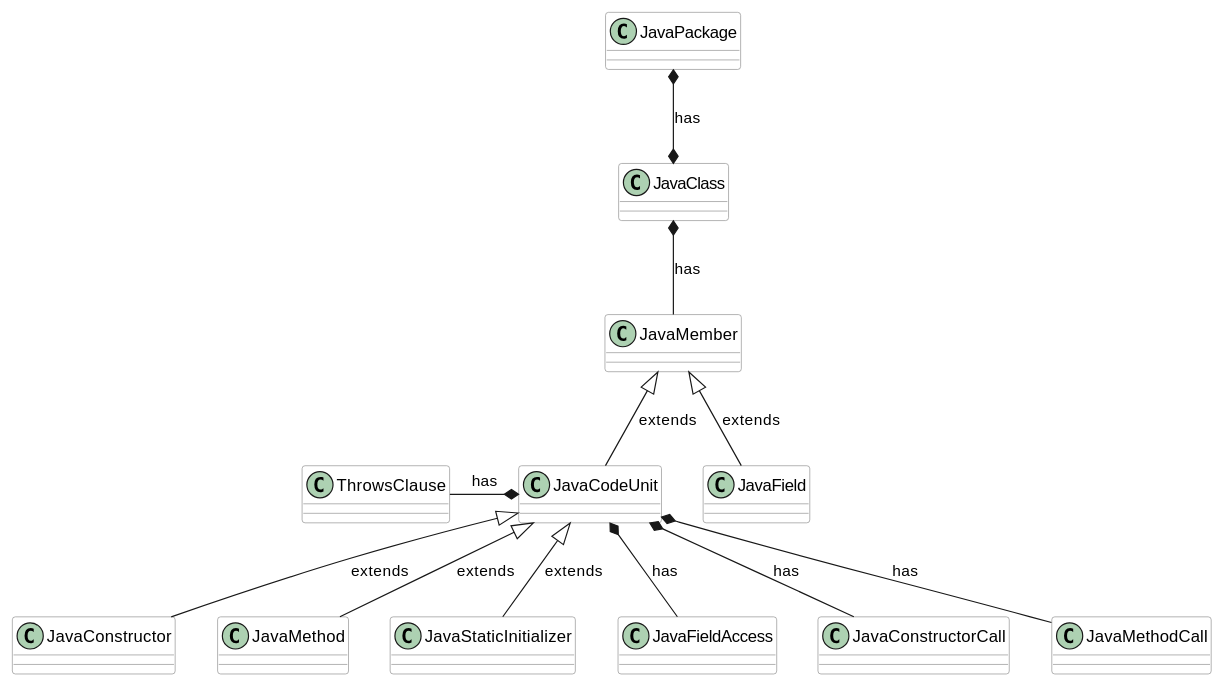
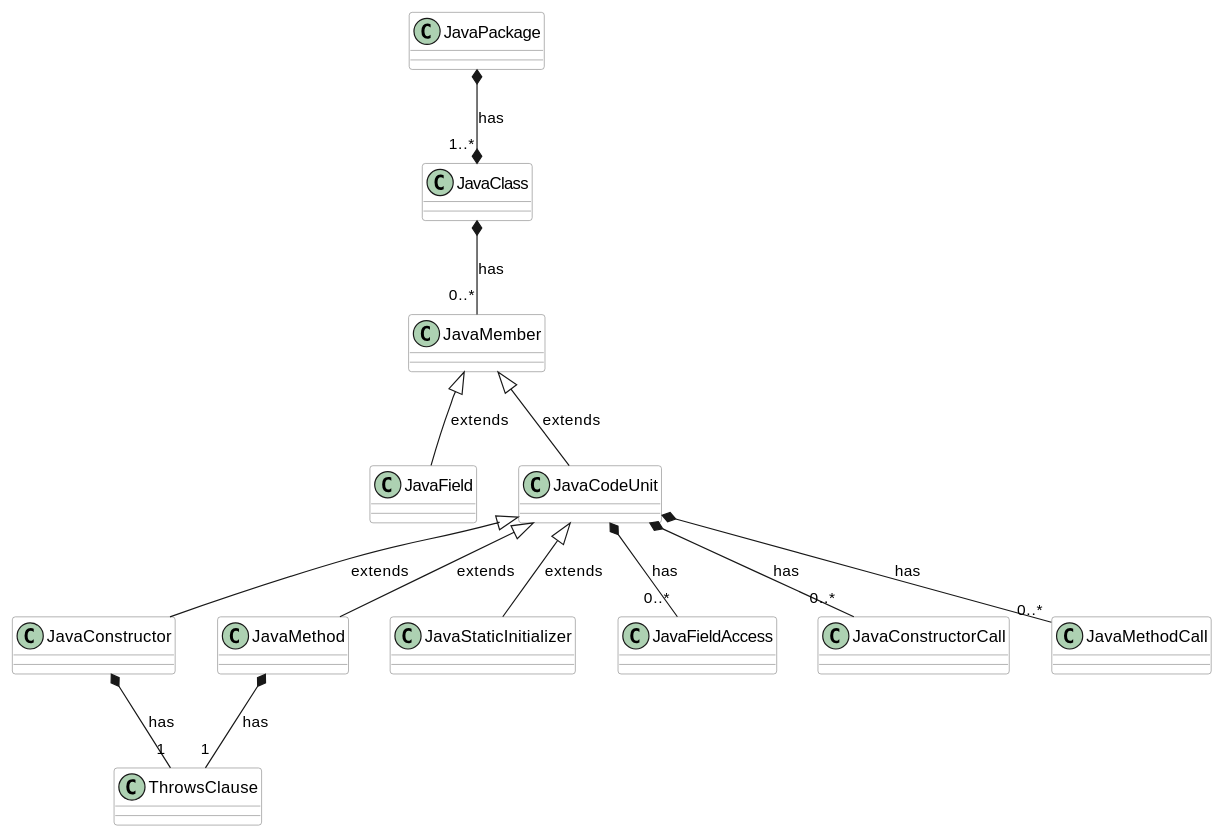
The first of 4 diagrams in docs/userguide/006_The_Core_API.adoc (TNG/ArchUnit), drawn with PlantUML before and after one commit. The commit also changed other lines of this file and 7 other files, not shown here.

```diff
--- a/docs/userguide/006_The_Core_API.adoc
+++ b/docs/userguide/006_The_Core_API.adoc
@@ -90,41 +90,42 @@
 [plantuml, "domain-overview"]
 ----
 skinparam componentStyle uml2
 
 skinparam component {
   BorderColor #grey
   BackgroundColor #white
 }
 
 skinparam class {
   BorderColor #grey
   BackgroundColor #white
 }
 
 class JavaPackage
 class JavaClass
 class JavaMember
 class JavaField
 class JavaCodeUnit
 class ThrowsClause
 class JavaConstructor
 class JavaMethod
 class JavaStaticInitializer
 
 class JavaFieldAccess
 class JavaConstructorCall
 class JavaMethodCall
 
-JavaPackage *--* JavaClass : has
-JavaClass *-- JavaMember : has
+JavaPackage *--* "1..*" JavaClass : has
+JavaClass *-- "0..*" JavaMember : has
 JavaMember <|-- JavaField : extends
 JavaMember <|-- JavaCodeUnit : extends
-JavaCodeUnit *-left- ThrowsClause : has
 JavaCodeUnit <|-- JavaConstructor : extends
 JavaCodeUnit <|-- JavaMethod : extends
 JavaCodeUnit <|-- JavaStaticInitializer : extends
+JavaConstructor *-- "1" ThrowsClause : has
+JavaMethod *-- "1" ThrowsClause : has
 
-JavaCodeUnit *-- JavaFieldAccess : has
-JavaCodeUnit *-- JavaMethodCall : has
-JavaCodeUnit *-- JavaConstructorCall : has
+JavaCodeUnit *-- "0..*" JavaFieldAccess : has
+JavaCodeUnit *-- "0..*" JavaMethodCall : has
+JavaCodeUnit *-- "0..*" JavaConstructorCall : has
 ----
```
